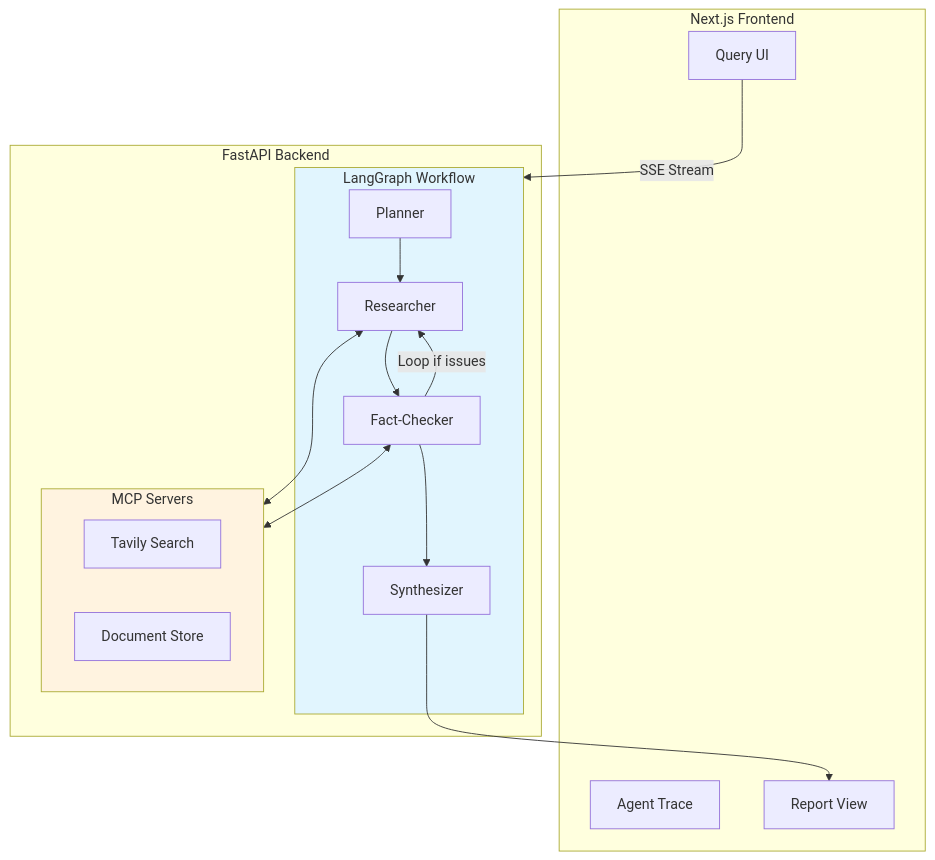
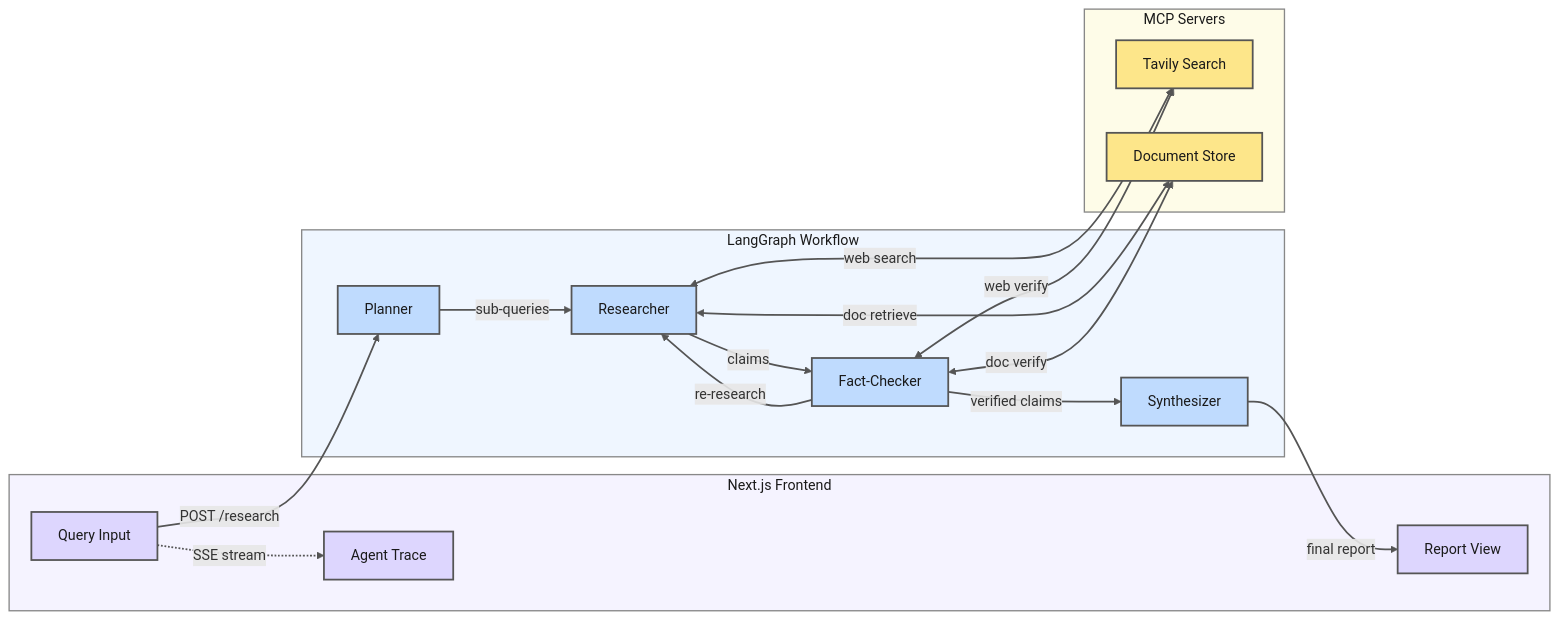
The diagram in README.md (farhan-ahmed1/marsa), drawn with Mermaid before and after one commit.

Commit message:
feat: update architecture diagram in README for improved clarity and detail

````diff
--- a/README.md
+++ b/README.md
@@ -21,34 +21,46 @@
 ```mermaid
-graph TB
-    subgraph Frontend["Next.js Frontend"]
-        UI[Query UI]
-        Trace[Agent Trace]
-        Report[Report View]
+flowchart LR
+    classDef frontendNode fill:#ddd6fe,stroke:#555,stroke-width:2px,color:#1a1a1a
+    classDef agentNode fill:#bfdbfe,stroke:#555,stroke-width:2px,color:#1a1a1a
+    classDef mcpNode fill:#fde68a,stroke:#555,stroke-width:2px,color:#1a1a1a
+
+    subgraph FE["Next.js Frontend"]
+        UI["Query Input"]
+        Trace["Agent Trace"]
+        Report["Report View"]
     end
 
-    subgraph Backend["FastAPI Backend"]
-        subgraph Graph["LangGraph Workflow"]
-            P[Planner]
-            R[Researcher]
-            FC[Fact-Checker]
-            S[Synthesizer]
-        end
-        
-        subgraph MCP["MCP Servers"]
-            Tavily[Tavily Search]
-            ChromaDB[Document Store]
-        end
+    subgraph WF["LangGraph Workflow"]
+        P["Planner"]
+        R["Researcher"]
+        FC["Fact-Checker"]
+        SY["Synthesizer"]
     end
-    
-    UI -->|SSE Stream| Graph
-    P --> R
-    R --> FC
-    FC -->|Loop if issues| R
-    FC --> S
-    S --> Report
-    R <--> MCP
-    FC <--> MCP
-    
-    style Graph fill:#e1f5fe
-    style MCP fill:#fff3e0
+
+    subgraph MCP["MCP Servers"]
+        TV["Tavily Search"]
+        CD["Document Store"]
+    end
+
+    UI -->|"POST /research"| P
+    P -->|"sub-queries"| R
+    R -->|"claims"| FC
+    FC -->|"re-research"| R
+    FC -->|"verified claims"| SY
+    SY -->|"final report"| Report
+    UI -.->|"SSE stream"| Trace
+    R <-->|"web search"| TV
+    R <-->|"doc retrieve"| CD
+    FC <-->|"web verify"| TV
+    FC <-->|"doc verify"| CD
+
+    class UI,Trace,Report frontendNode
+    class P,R,FC,SY agentNode
+    class TV,CD mcpNode
+
+    linkStyle default stroke-width:2px,stroke:#555
+
+    style FE fill:#f5f3ff,stroke:#888,stroke-width:1.5px,color:#1a1a1a
+    style WF fill:#eff6ff,stroke:#888,stroke-width:1.5px,color:#1a1a1a
+    style MCP fill:#fefce8,stroke:#888,stroke-width:1.5px,color:#1a1a1a
 ```
````
